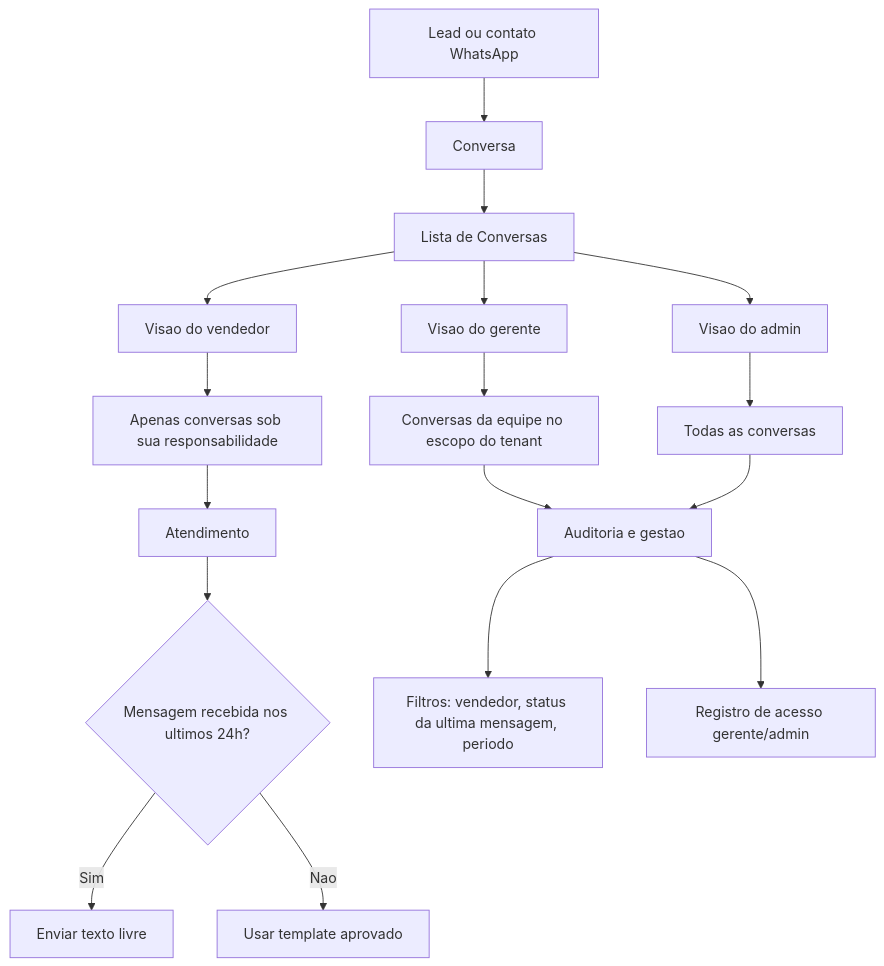
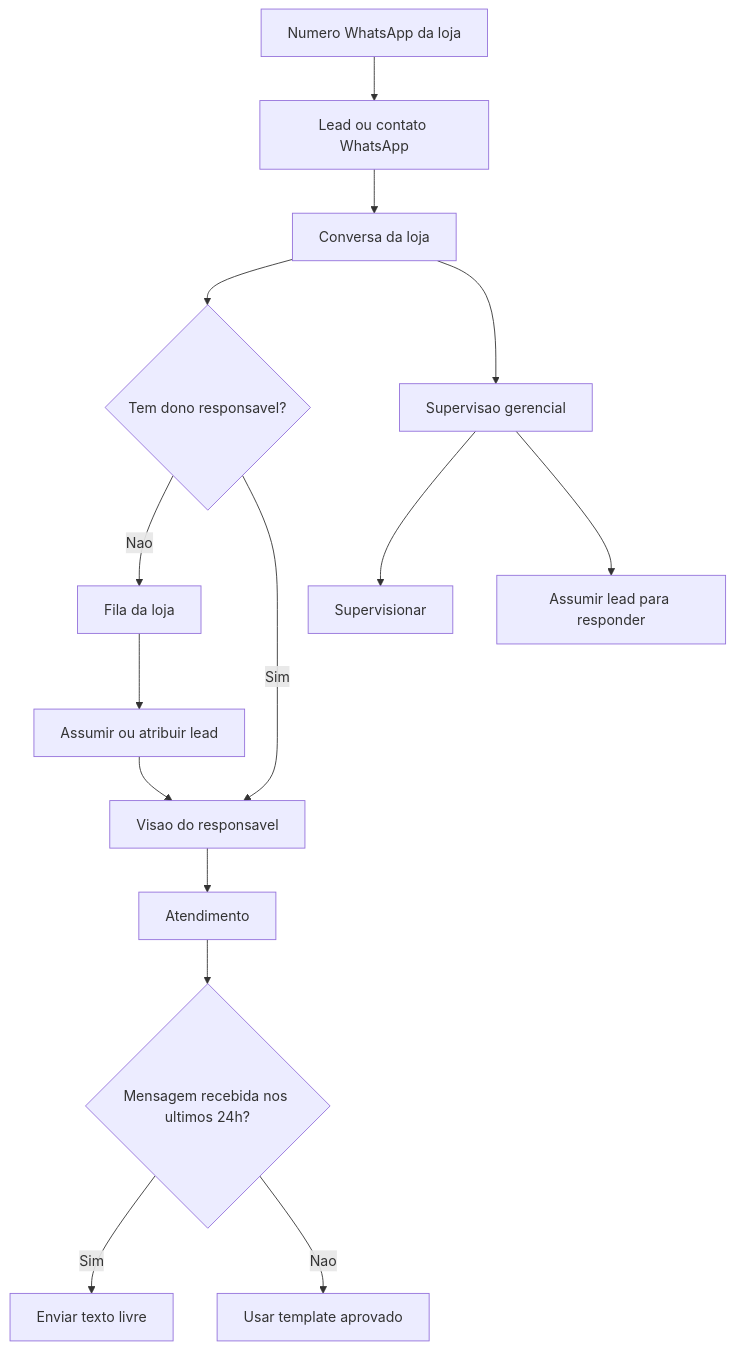
Before and after one commit to gabrielfelipeoliveira/eai: the second of 2 diagrams in docs/negocio/diagrama-produto-whatsapp-conversas.md, drawn with Mermaid. The commit also changed other lines of this file and 13 other files, not shown here.

````diff
--- a/docs/negocio/diagrama-produto-whatsapp-conversas.md
+++ b/docs/negocio/diagrama-produto-whatsapp-conversas.md
@@ -46,24 +49,21 @@
 ```mermaid
 flowchart TD
-    Lead[Lead ou contato WhatsApp] --> Conversation[Conversa]
-    Conversation --> Inbox[Lista de Conversas]
+    Channel[Numero WhatsApp da loja] --> Lead[Lead ou contato WhatsApp]
+    Lead --> Conversation[Conversa da loja]
+    Conversation --> Queue{Tem dono responsavel?}
 
-    Inbox --> SellerView[Visao do vendedor]
-    Inbox --> ManagerView[Visao do gerente]
-    Inbox --> AdminView[Visao do admin]
+    Queue -->|Nao| StoreQueue[Fila da loja]
+    Queue -->|Sim| OwnerView[Visao do responsavel]
 
-    SellerView --> SellerScope[Apenas conversas sob sua responsabilidade]
-    ManagerView --> TeamScope[Conversas da equipe no escopo do tenant]
-    AdminView --> AllScope[Todas as conversas]
+    StoreQueue --> Assign[Assumir ou atribuir lead]
+    Assign --> OwnerView
 
-    SellerScope --> Attend[Atendimento]
-    TeamScope --> Audit[Auditoria e gestao]
-    AllScope --> Audit
-
+    OwnerView --> Attend[Atendimento]
     Attend --> FreeText{Mensagem recebida nos ultimos 24h?}
     FreeText -->|Sim| SendText[Enviar texto livre]
     FreeText -->|Nao| SendTemplate[Usar template aprovado]
 
-    Audit --> Filters[Filtros: vendedor, status da ultima mensagem, periodo]
-    Audit --> AccessLog[Registro de acesso gerente/admin]
+    Conversation --> ManagerView[Supervisao gerencial]
+    ManagerView --> Observe[Supervisionar]
+    ManagerView --> TakeOver[Assumir lead para responder]
 ```
````
